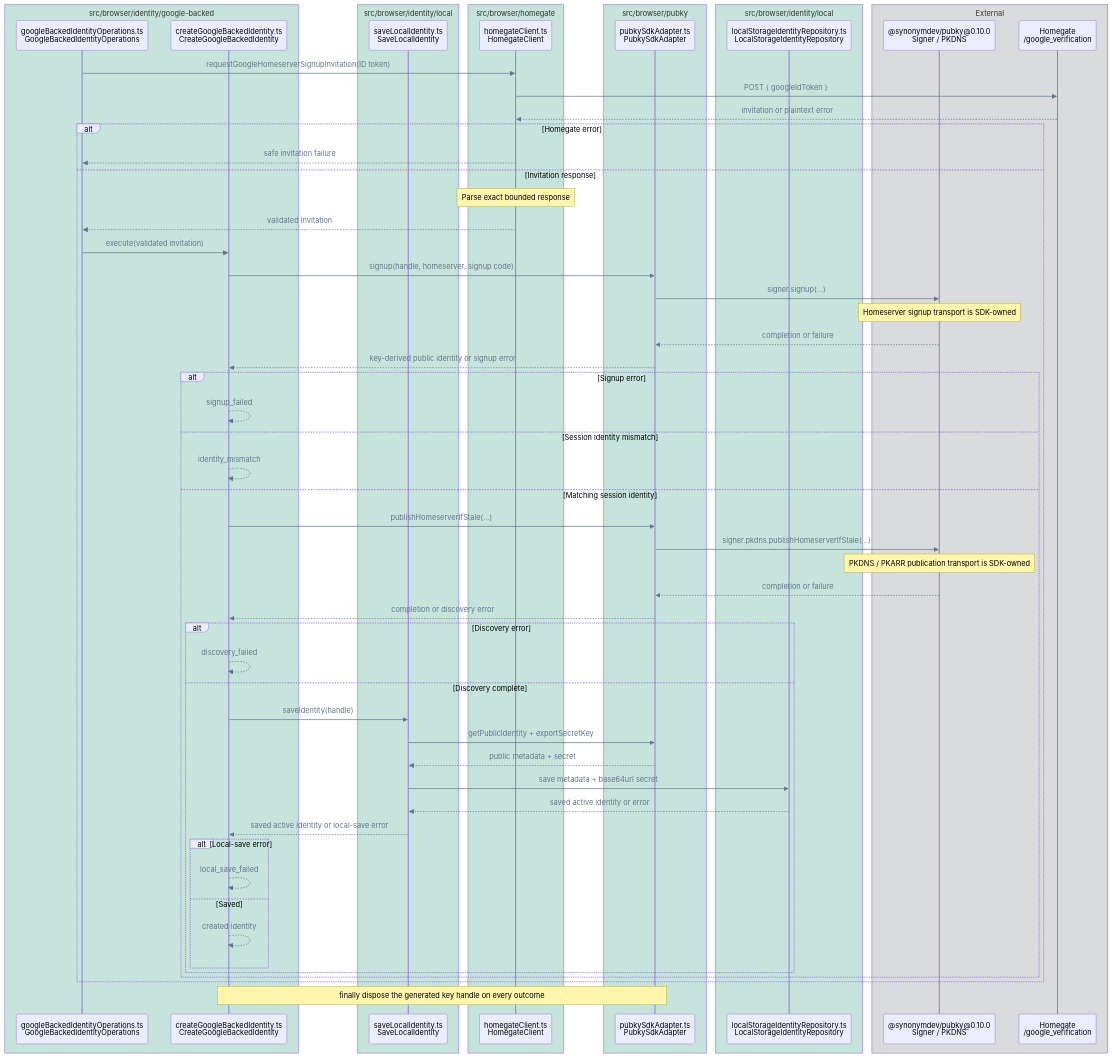
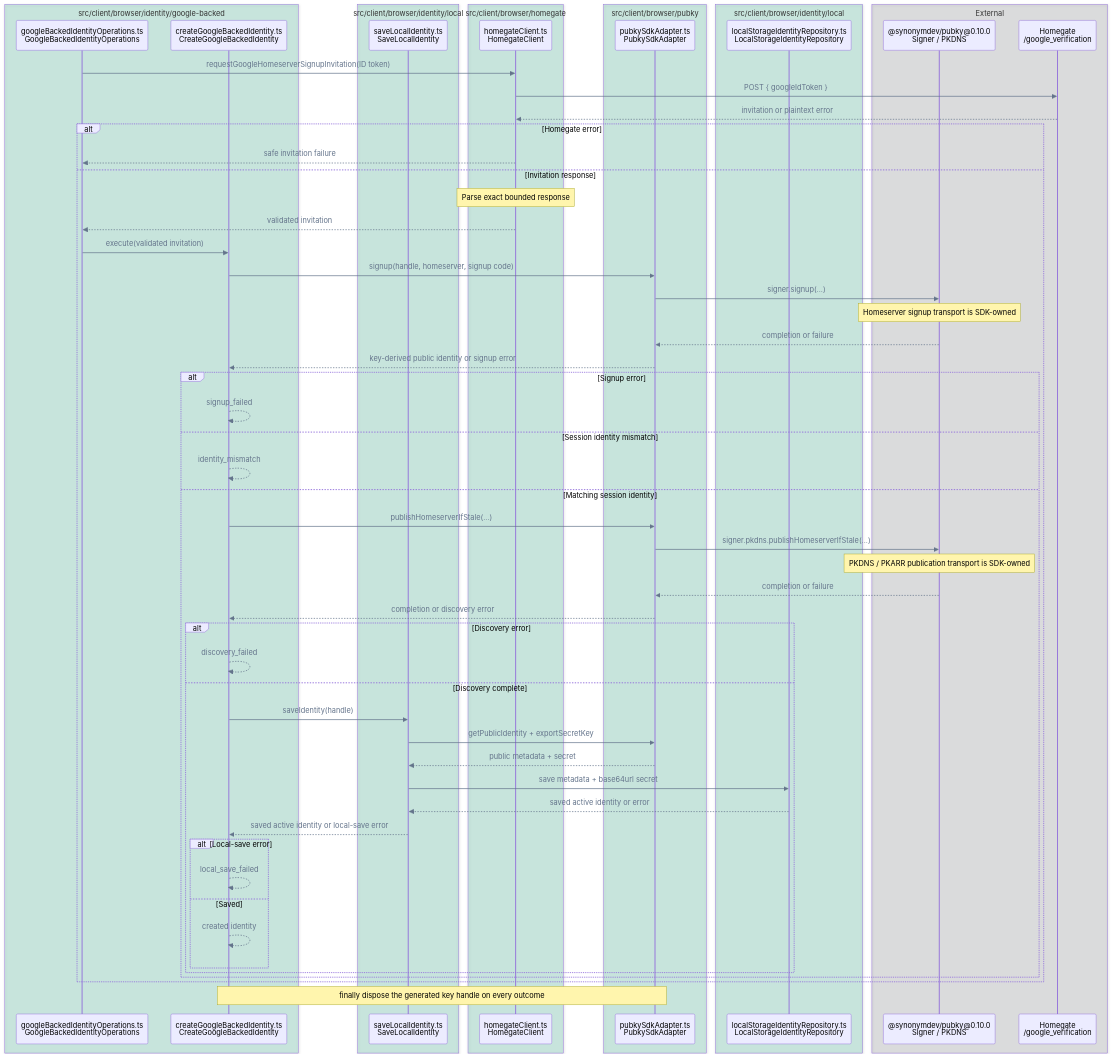
One commit to pubky/pubky-passport changed diagram 11 of 14 in FLOWS.md. Above: the diagram before and after it, drawn with Mermaid. The commit also changed other lines of this file and 238 other files, not shown here.

````diff
--- a/FLOWS.md
+++ b/FLOWS.md
@@ -556,69 +546,69 @@
 ```mermaid
 %%{init: {"themeVariables": {"signalColor": "#64748B", "signalTextColor": "#64748B"}}}%%
 sequenceDiagram
     accTitle: Missing identity activation and local save call flow
     accDescr: GoogleBackedIdentityOperations requests a homeserver signup invitation, then CreateGoogleBackedIdentity signs up, verifies, publishes discovery, and saves in order; each failure stops later stages and the generated key handle is always disposed.
-    box rgba(0, 158, 115, 0.18) src/browser/identity/google-backed
+    box rgba(0, 158, 115, 0.18) src/client/browser/identity/google-backed
         participant Operations as googleBackedIdentityOperations.ts<br/>GoogleBackedIdentityOperations
         participant Creator as createGoogleBackedIdentity.ts<br/>CreateGoogleBackedIdentity
     end
-    box rgba(0, 158, 115, 0.18) src/browser/identity/local
+    box rgba(0, 158, 115, 0.18) src/client/browser/identity/local
         participant Local as saveLocalIdentity.ts<br/>SaveLocalIdentity
     end
-    box rgba(0, 158, 115, 0.18) src/browser/homegate
+    box rgba(0, 158, 115, 0.18) src/client/browser/homegate
         participant Invite as homegateClient.ts<br/>HomegateClient
     end
-    box rgba(0, 158, 115, 0.18) src/browser/pubky
+    box rgba(0, 158, 115, 0.18) src/client/browser/pubky
         participant Pubky as pubkySdkAdapter.ts<br/>PubkySdkAdapter
     end
-    box rgba(0, 158, 115, 0.18) src/browser/identity/local
+    box rgba(0, 158, 115, 0.18) src/client/browser/identity/local
         participant Repo as localStorageIdentityRepository.ts<br/>LocalStorageIdentityRepository
     end
     box rgba(17, 24, 39, 0.12) External
         participant SDK as @synonymdev/pubky@0.10.0<br/>Signer / PKDNS
         participant Homegate as Homegate<br/>/google_verification
     end
 
     Operations->>Invite: requestGoogleHomeserverSignupInvitation(ID token)
     Invite->>Homegate: POST { googleIdToken }
     Homegate-->>Invite: invitation or plaintext error
     alt Homegate error
         Invite-->>Operations: safe invitation failure
     else Invitation response
         Note over Invite: Parse exact bounded response
         Invite-->>Operations: validated invitation
         Operations->>Creator: execute(validated invitation)
         Creator->>Pubky: signup(handle, homeserver, signup code)
         Pubky->>SDK: signer.signup(...)
         Note over SDK: Homeserver signup transport is SDK-owned
         SDK-->>Pubky: completion or failure
         Pubky-->>Creator: key-derived public identity or signup error
         alt Signup error
             Creator-->>Creator: signup_failed
         else Session identity mismatch
             Creator-->>Creator: identity_mismatch
         else Matching session identity
             Creator->>Pubky: publishHomeserverIfStale(...)
             Pubky->>SDK: signer.pkdns.publishHomeserverIfStale(...)
             Note over SDK: PKDNS / PKARR publication transport is SDK-owned
             SDK-->>Pubky: completion or failure
             Pubky-->>Creator: completion or discovery error
             alt Discovery error
                 Creator-->>Creator: discovery_failed
             else Discovery complete
                 Creator->>Local: saveIdentity(handle)
                 Local->>Pubky: getPublicIdentity + exportSecretKey
                 Pubky-->>Local: public metadata + secret
                 Local->>Repo: save metadata + base64url secret
                 Repo-->>Local: saved active identity or error
                 Local-->>Creator: saved active identity or local-save error
                 alt Local-save error
                     Creator-->>Creator: local_save_failed
                 else Saved
                     Creator-->>Creator: created identity
                 end
             end
         end
     end
     Note over Creator,Pubky: finally dispose the generated key handle on every outcome
 ```
````
